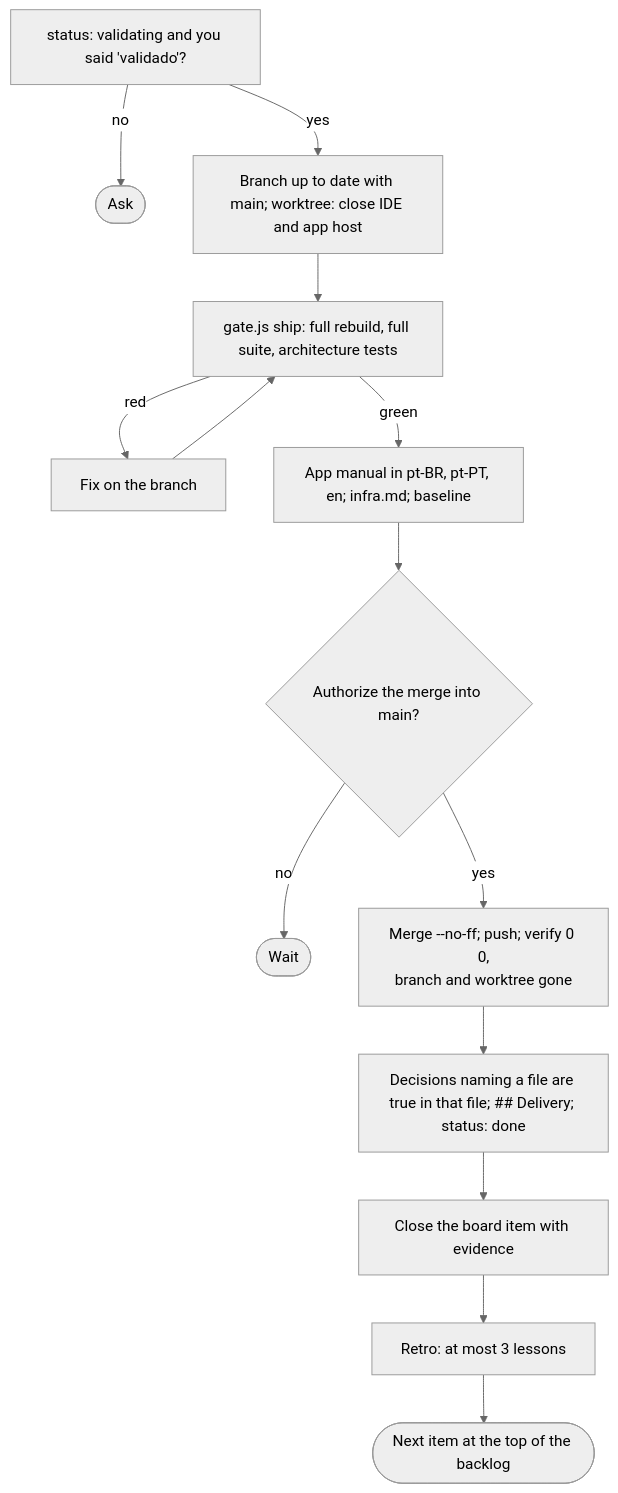
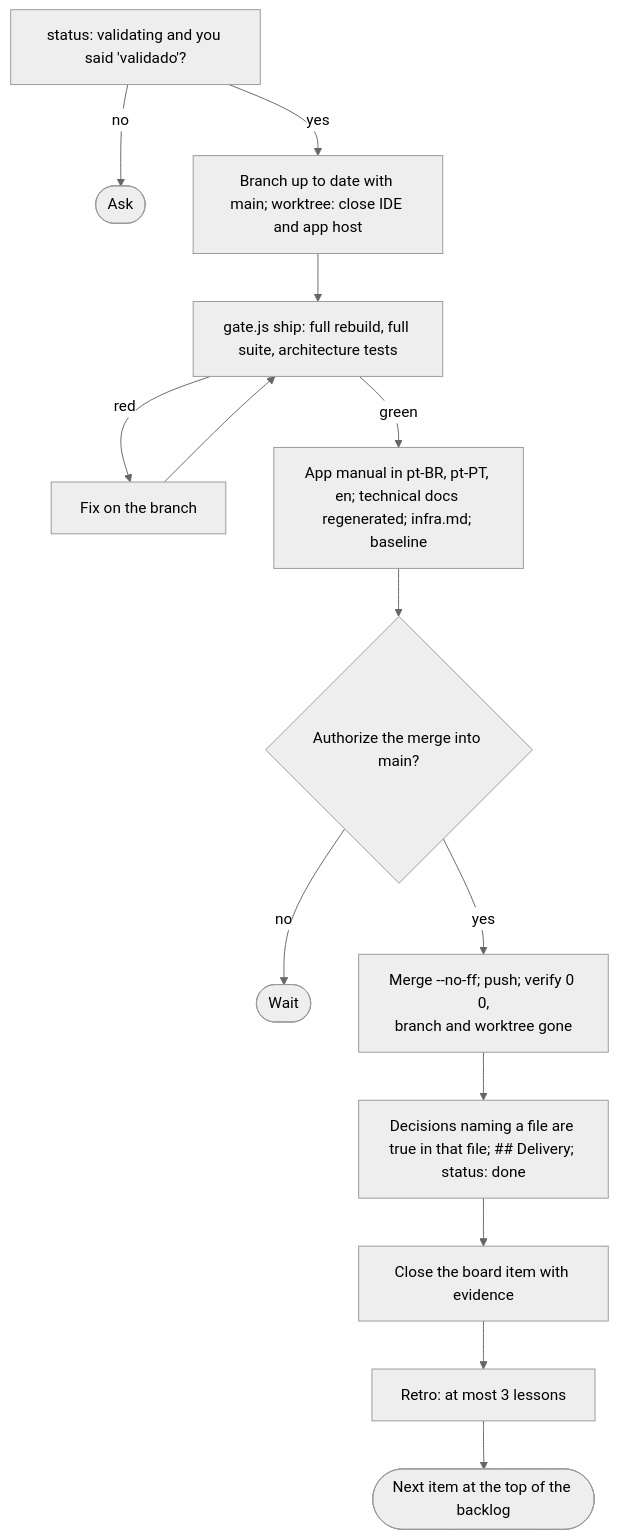
One commit to alexcanario/simulab changed diagram 11 of 15 in docs/agile/workflow.md. Above: the diagram before and after it, drawn with Mermaid (neutral theme). The commit also changed other lines of this file and 2 other files, not shown here.

````diff
--- a/docs/agile/workflow.md
+++ b/docs/agile/workflow.md
@@ -959,16 +982,16 @@
 ```mermaid
 flowchart TD
     A["status: validating and you said 'validado'?"] -->|no| A1(["Ask"])
     A -->|yes| B["Branch up to date with main; worktree: close IDE and app host"]
     B --> C["gate.js ship: full rebuild, full suite, architecture tests"]
     C -->|red| C1["Fix on the branch"]
     C1 --> C
-    C -->|green| D["App manual in pt-BR, pt-PT, en; infra.md; baseline"]
+    C -->|green| D["App manual in pt-BR, pt-PT, en; technical docs regenerated; infra.md; baseline"]
     D --> E{"Authorize the merge into main?"}
     E -->|no| E1(["Wait"])
     E -->|yes| F["Merge --no-ff; push; verify 0 0,<br/>branch and worktree gone"]
     F --> G["Decisions naming a file are true in that file; ## Delivery; status: done"]
     G --> H["Close the board item with evidence"]
     H --> I["Retro: at most 3 lessons"]
     I --> J(["Next item at the top of the backlog"])
 ```
````
